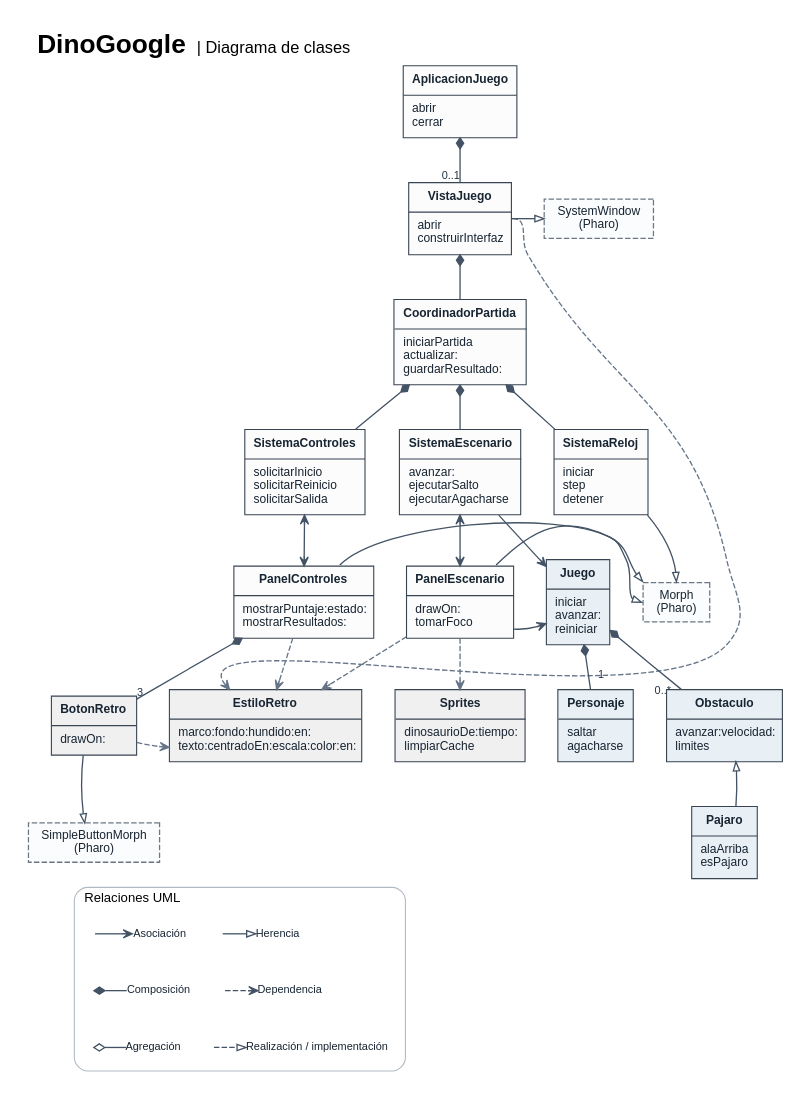
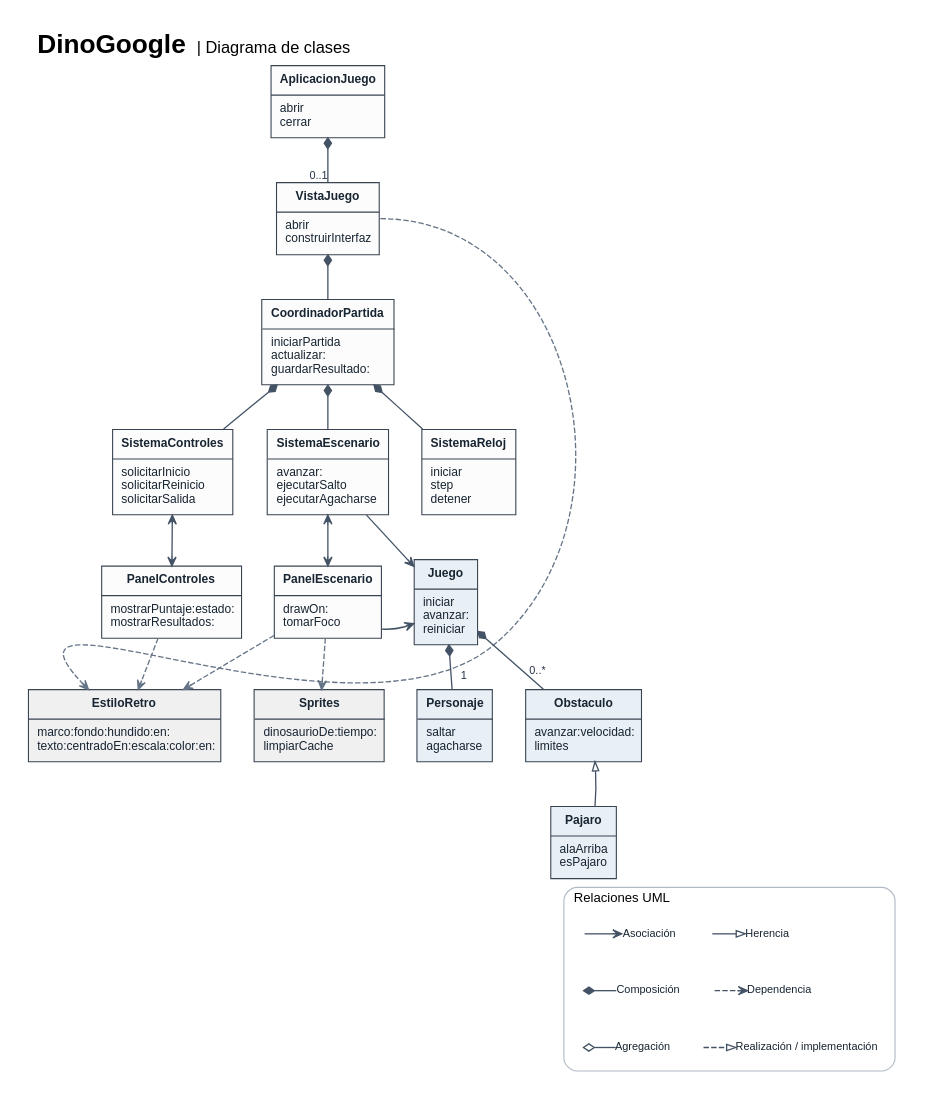
The diagram in docs/diagrama-de-clases.dot (CnioritoD/DinoGoogle), drawn with Graphviz before and after one commit. The commit also changed 3 other files, not shown here.

Commit message:
Simplificar los botones y mostrar solo clases propias en el UML

```diff
--- a/docs/diagrama-de-clases.dot
+++ b/docs/diagrama-de-clases.dot
@@ -1,152 +1,132 @@
 digraph DinoGoogle {
   graph [rankdir=TB, bgcolor="#ffffff", pad=0.26, nodesep=0.42, ranksep=0.57,
     fontname="Arial", fontsize=24, labelloc=t, labeljust=l,
     label=<<B>DinoGoogle</B> <FONT POINT-SIZE="15">| Diagrama de clases</FONT>>];
   node [shape=plain, fontname="Arial", fontsize=11,
     color="#394452", fontcolor="#172431", penwidth=1.15, margin="0.16,0.09"];
   edge [fontname="Arial", fontsize=10, color="#435365", fontcolor="#243246",
     penwidth=1.2, arrowsize=0.83];
 
   AplicacionJuego [label=<<TABLE BORDER="1" COLOR="#394452" CELLBORDER="0" CELLSPACING="0" CELLPADDING="7" BGCOLOR="#fcfcfc">
     <TR><TD><B>AplicacionJuego</B></TD></TR>
     <HR/><TR><TD ALIGN="LEFT" BALIGN="LEFT">abrir<BR ALIGN="LEFT"/>cerrar</TD></TR>
   </TABLE>>];
   VistaJuego [label=<<TABLE BORDER="1" COLOR="#394452" CELLBORDER="0" CELLSPACING="0" CELLPADDING="7" BGCOLOR="#fcfcfc">
     <TR><TD><B>VistaJuego</B></TD></TR>
     <HR/><TR><TD ALIGN="LEFT" BALIGN="LEFT">abrir<BR ALIGN="LEFT"/>construirInterfaz</TD></TR>
   </TABLE>>];
   CoordinadorPartida [label=<<TABLE BORDER="1" COLOR="#394452" CELLBORDER="0" CELLSPACING="0" CELLPADDING="7" BGCOLOR="#fcfcfc">
     <TR><TD><B>CoordinadorPartida</B></TD></TR>
     <HR/><TR><TD ALIGN="LEFT" BALIGN="LEFT">iniciarPartida<BR ALIGN="LEFT"/>actualizar:<BR ALIGN="LEFT"/>guardarResultado:</TD></TR>
   </TABLE>>];
   SistemaControles [label=<<TABLE BORDER="1" COLOR="#394452" CELLBORDER="0" CELLSPACING="0" CELLPADDING="7" BGCOLOR="#fcfcfc">
     <TR><TD><B>SistemaControles</B></TD></TR>
     <HR/><TR><TD ALIGN="LEFT" BALIGN="LEFT">solicitarInicio<BR ALIGN="LEFT"/>solicitarReinicio<BR ALIGN="LEFT"/>solicitarSalida</TD></TR>
   </TABLE>>];
   SistemaEscenario [label=<<TABLE BORDER="1" COLOR="#394452" CELLBORDER="0" CELLSPACING="0" CELLPADDING="7" BGCOLOR="#fcfcfc">
     <TR><TD><B>SistemaEscenario</B></TD></TR>
     <HR/><TR><TD ALIGN="LEFT" BALIGN="LEFT">avanzar:<BR ALIGN="LEFT"/>ejecutarSalto<BR ALIGN="LEFT"/>ejecutarAgacharse</TD></TR>
   </TABLE>>];
   SistemaReloj [label=<<TABLE BORDER="1" COLOR="#394452" CELLBORDER="0" CELLSPACING="0" CELLPADDING="7" BGCOLOR="#fcfcfc">
     <TR><TD><B>SistemaReloj</B></TD></TR>
     <HR/><TR><TD ALIGN="LEFT" BALIGN="LEFT">iniciar<BR ALIGN="LEFT"/>step<BR ALIGN="LEFT"/>detener</TD></TR>
   </TABLE>>];
   PanelControles [label=<<TABLE BORDER="1" COLOR="#394452" CELLBORDER="0" CELLSPACING="0" CELLPADDING="7" BGCOLOR="#fcfcfc">
     <TR><TD><B>PanelControles</B></TD></TR>
     <HR/><TR><TD ALIGN="LEFT" BALIGN="LEFT">mostrarPuntaje:estado:<BR ALIGN="LEFT"/>mostrarResultados:</TD></TR>
   </TABLE>>];
   PanelEscenario [label=<<TABLE BORDER="1" COLOR="#394452" CELLBORDER="0" CELLSPACING="0" CELLPADDING="7" BGCOLOR="#fcfcfc">
     <TR><TD><B>PanelEscenario</B></TD></TR>
     <HR/><TR><TD ALIGN="LEFT" BALIGN="LEFT">drawOn:<BR ALIGN="LEFT"/>tomarFoco</TD></TR>
   </TABLE>>];
   Juego [label=<<TABLE BORDER="1" COLOR="#394452" CELLBORDER="0" CELLSPACING="0" CELLPADDING="7" BGCOLOR="#e9f0f5">
     <TR><TD><B>Juego</B></TD></TR>
     <HR/><TR><TD ALIGN="LEFT" BALIGN="LEFT">iniciar<BR ALIGN="LEFT"/>avanzar:<BR ALIGN="LEFT"/>reiniciar</TD></TR>
   </TABLE>>];
   Personaje [label=<<TABLE BORDER="1" COLOR="#394452" CELLBORDER="0" CELLSPACING="0" CELLPADDING="7" BGCOLOR="#e9f0f5">
     <TR><TD><B>Personaje</B></TD></TR>
     <HR/><TR><TD ALIGN="LEFT" BALIGN="LEFT">saltar<BR ALIGN="LEFT"/>agacharse</TD></TR>
   </TABLE>>];
   Obstaculo [label=<<TABLE BORDER="1" COLOR="#394452" CELLBORDER="0" CELLSPACING="0" CELLPADDING="7" BGCOLOR="#e9f0f5">
     <TR><TD><B>Obstaculo</B></TD></TR>
     <HR/><TR><TD ALIGN="LEFT" BALIGN="LEFT">avanzar:velocidad:<BR ALIGN="LEFT"/>limites</TD></TR>
   </TABLE>>];
   Pajaro [label=<<TABLE BORDER="1" COLOR="#394452" CELLBORDER="0" CELLSPACING="0" CELLPADDING="7" BGCOLOR="#e9f0f5">
     <TR><TD><B>Pajaro</B></TD></TR>
     <HR/><TR><TD ALIGN="LEFT" BALIGN="LEFT">alaArriba<BR ALIGN="LEFT"/>esPajaro</TD></TR>
   </TABLE>>];
-  BotonRetro [label=<<TABLE BORDER="1" COLOR="#394452" CELLBORDER="0" CELLSPACING="0" CELLPADDING="7" BGCOLOR="#f0f0f1">
-    <TR><TD><B>BotonRetro</B></TD></TR>
-    <HR/><TR><TD ALIGN="LEFT" BALIGN="LEFT">drawOn:</TD></TR>
-  </TABLE>>];
   EstiloRetro [label=<<TABLE BORDER="1" COLOR="#394452" CELLBORDER="0" CELLSPACING="0" CELLPADDING="7" BGCOLOR="#f0f0f1">
     <TR><TD><B>EstiloRetro</B></TD></TR>
     <HR/><TR><TD ALIGN="LEFT" BALIGN="LEFT">marco:fondo:hundido:en:<BR ALIGN="LEFT"/>texto:centradoEn:escala:color:en:</TD></TR>
   </TABLE>>];
   Sprites [label=<<TABLE BORDER="1" COLOR="#394452" CELLBORDER="0" CELLSPACING="0" CELLPADDING="7" BGCOLOR="#f0f0f1">
     <TR><TD><B>Sprites</B></TD></TR>
     <HR/><TR><TD ALIGN="LEFT" BALIGN="LEFT">dinosaurioDe:tiempo:<BR ALIGN="LEFT"/>limpiarCache</TD></TR>
   </TABLE>>];
 
-  // Superclases directas provistas por Pharo.
-  node [shape=box, style="dashed,filled", fillcolor="#fbfcfd", color="#6c7783"];
-  SystemWindow [label="SystemWindow\n(Pharo)"];
-  Morph [label="Morph\n(Pharo)"];
-  SimpleButtonMorph [label="SimpleButtonMorph\n(Pharo)"];
-
   // El rombo relleno va del lado del objeto que contiene al componente.
   edge [dir=back, arrowtail=diamond, arrowhead=none];
   AplicacionJuego -> VistaJuego [headlabel="0..1"];
   VistaJuego -> CoordinadorPartida;
   CoordinadorPartida -> SistemaControles;
   CoordinadorPartida -> SistemaEscenario;
   CoordinadorPartida -> SistemaReloj;
   Juego -> Personaje [headlabel="1", labeldistance=1.6, labelangle=-46];
-  Juego -> Obstaculo [headlabel="0..*", labeldistance=1.7, labelangle=45];
-  PanelControles -> BotonRetro [headlabel="3"];
+  Juego -> Obstaculo [headlabel="0..*", labeldistance=1.7, labelangle=-30];
 
   // La asociación muestra una referencia conservada por la clase.
   edge [dir=forward, arrowtail=none, arrowhead=vee];
   SistemaControles -> PanelControles [dir=both, arrowtail=vee];
   SistemaEscenario -> PanelEscenario [dir=both, arrowtail=vee];
   SistemaEscenario -> Juego;
   PanelEscenario -> Juego [constraint=false];
 
   // La dependencia indica uso sin una referencia de instancia propia.
   edge [style=dashed, arrowhead=vee, color="#657487"];
   PanelEscenario -> Sprites;
   VistaJuego:e -> EstiloRetro:nw [constraint=false];
   PanelControles -> EstiloRetro;
   PanelEscenario -> EstiloRetro [constraint=false];
-  BotonRetro -> EstiloRetro [constraint=false];
 
   // El triángulo hueco señala la superclase.
   edge [style=solid, color="#435365", arrowhead=onormal, constraint=false];
   Pajaro -> Obstaculo;
-  VistaJuego -> SystemWindow;
-  PanelControles:ne -> Morph:nw;
-  PanelEscenario:ne -> Morph:w;
-  SistemaReloj -> Morph:n;
-  BotonRetro -> SimpleButtonMorph;
 
-  {rank=same; VistaJuego; SystemWindow}
   {rank=same; SistemaControles; SistemaEscenario; SistemaReloj}
-  {rank=same; PanelControles; PanelEscenario; Juego; Morph}
-  {rank=same; BotonRetro; EstiloRetro; Sprites; Personaje; Obstaculo}
-  {rank=same; SimpleButtonMorph; Pajaro}
+  {rank=same; PanelControles; PanelEscenario; Juego}
+  {rank=same; EstiloRetro; Sprites; Personaje; Obstaculo}
   edge [style=invis, constraint=true, weight=10];
-  PanelControles -> PanelEscenario -> Juego -> Morph;
-  BotonRetro -> EstiloRetro -> Sprites -> Personaje -> Obstaculo;
-  BotonRetro -> SimpleButtonMorph;
+  PanelControles -> PanelEscenario -> Juego;
+  EstiloRetro -> Sprites -> Personaje -> Obstaculo;
   Obstaculo -> Pajaro;
 
   subgraph cluster_leyenda {
     graph [label="Relaciones UML", fontname="Arial", fontsize=12, style=rounded, color="#b1bac5", margin=16];
     node [shape=plain, style="", fontname="Arial", fontsize=10];
     asociacion [label="Asociación"];
     herencia [label="Herencia"];
     composicion [label="Composición"];
     dependencia [label="Dependencia"];
     agregacion [label="Agregación"];
     realizacion [label="Realización / implementación"];
     node [shape=point, width=0.015, height=0.015, fixedsize=true, label="", style=invis];
     edge [style=solid, constraint=true, weight=1, arrowtail=none, arrowhead=vee];
     {rank=same; a; asociacion; h; herencia}
     {rank=same; c; composicion; d; dependencia}
     {rank=same; g; agregacion; r; realizacion}
     a -> asociacion;
     h -> herencia [arrowhead=onormal];
     c -> composicion [dir=back, arrowtail=diamond, arrowhead=none];
     d -> dependencia [style=dashed];
     g -> agregacion [dir=back, arrowtail=odiamond, arrowhead=none];
     r -> realizacion [style=dashed, arrowhead=onormal];
     asociacion -> h [style=invis];
     composicion -> d [style=invis];
     agregacion -> r [style=invis];
     a -> c -> g [style=invis, minlen=1];
     h -> d -> r [style=invis, minlen=1];
   }
   // Mantiene la leyenda debajo del diagrama.
-  SimpleButtonMorph -> a [style=invis];
+  Pajaro -> a [style=invis];
 
 }
```
